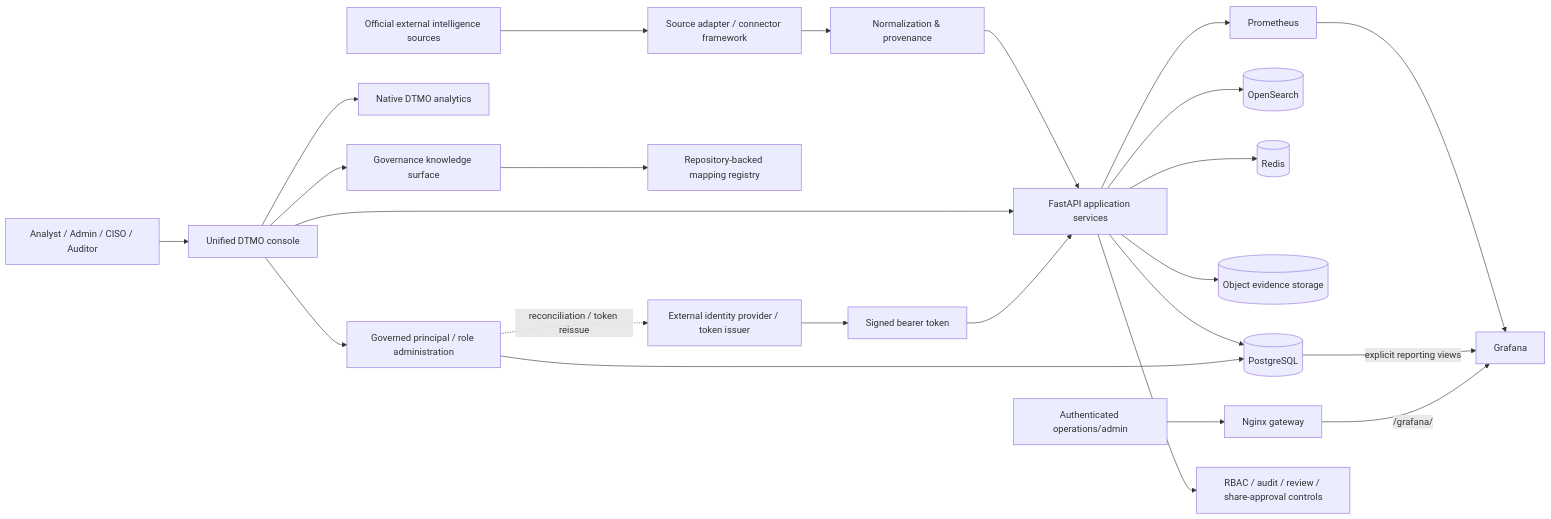
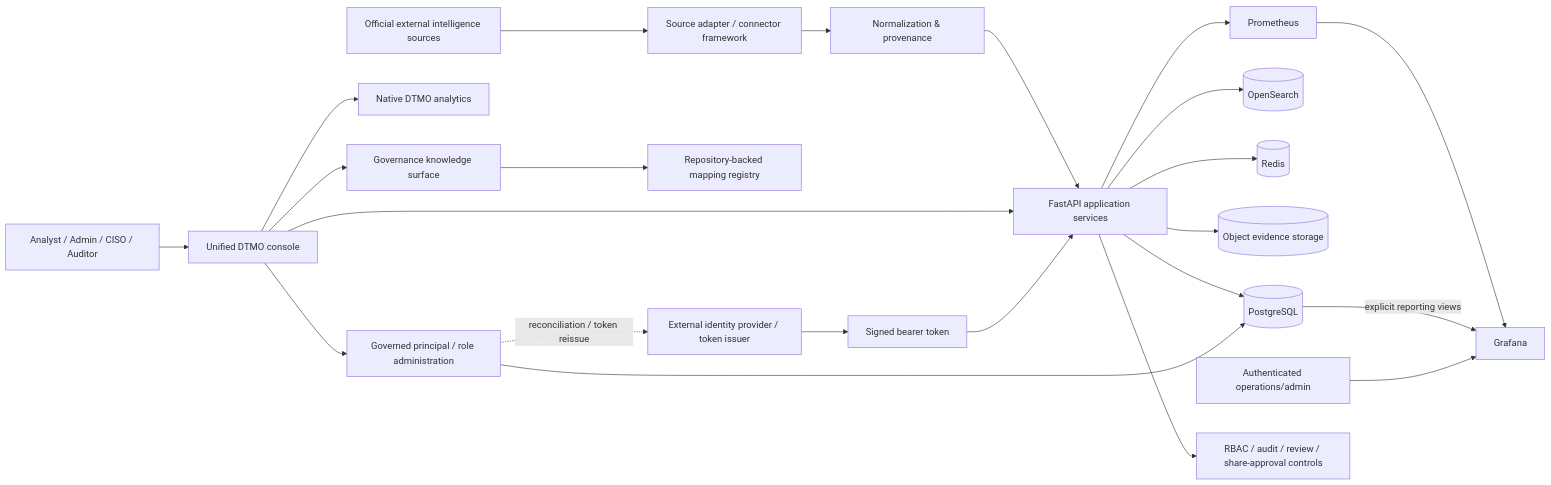
One commit to GJvManen/dtmo changed the diagram in docs/architecture/SYSTEM_ARCHITECTURE.md. Above: the diagram before and after it, drawn with Mermaid. The commit also changed other lines of this file, not shown here.

Commit message:
RC13.5 update architecture acceptance boundary

````diff
--- a/docs/architecture/SYSTEM_ARCHITECTURE.md
+++ b/docs/architecture/SYSTEM_ARCHITECTURE.md
@@ -12,31 +12,25 @@
 ```mermaid
 flowchart LR
     EXT[Official external intelligence sources] --> CF[Source adapter / connector framework]
     CF --> NP[Normalization & provenance]
     NP --> API[FastAPI application services]
-
     API --> PG[(PostgreSQL)]
     API --> OS[(OpenSearch)]
     API --> RD[(Redis)]
     API --> OBJ[(Object evidence storage)]
-
     USER[Analyst / Admin / CISO / Auditor] --> CONSOLE[Unified DTMO console]
     CONSOLE --> API
     CONSOLE --> NATIVE[Native DTMO analytics]
     CONSOLE --> RBAC[Governed principal / role administration]
     CONSOLE --> GKS[Governance knowledge surface]
     RBAC --> PG
     GKS --> REG[Repository-backed mapping registry]
-
     IDP[External identity provider / token issuer] --> TOKEN[Signed bearer token]
     TOKEN --> API
     RBAC -. reconciliation / token reissue .-> IDP
-
     API --> PM[Prometheus]
     PM --> GF[Grafana]
     PG -->|explicit reporting views| GF
-    OPS[Authenticated operations/admin] --> GW[Nginx gateway]
-    GW -->|/grafana/| GF
-
+    OPS[Authenticated operations/admin] --> GF
     API --> GOV[RBAC / audit / review / share-approval controls]
 ```
````
